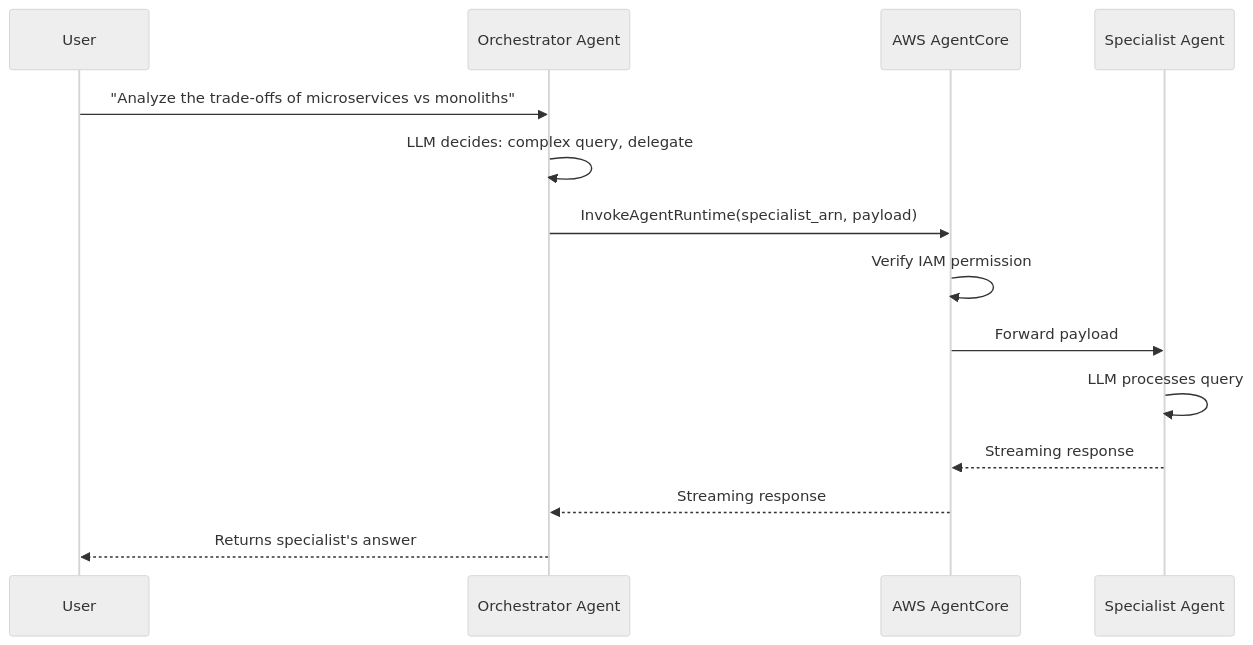
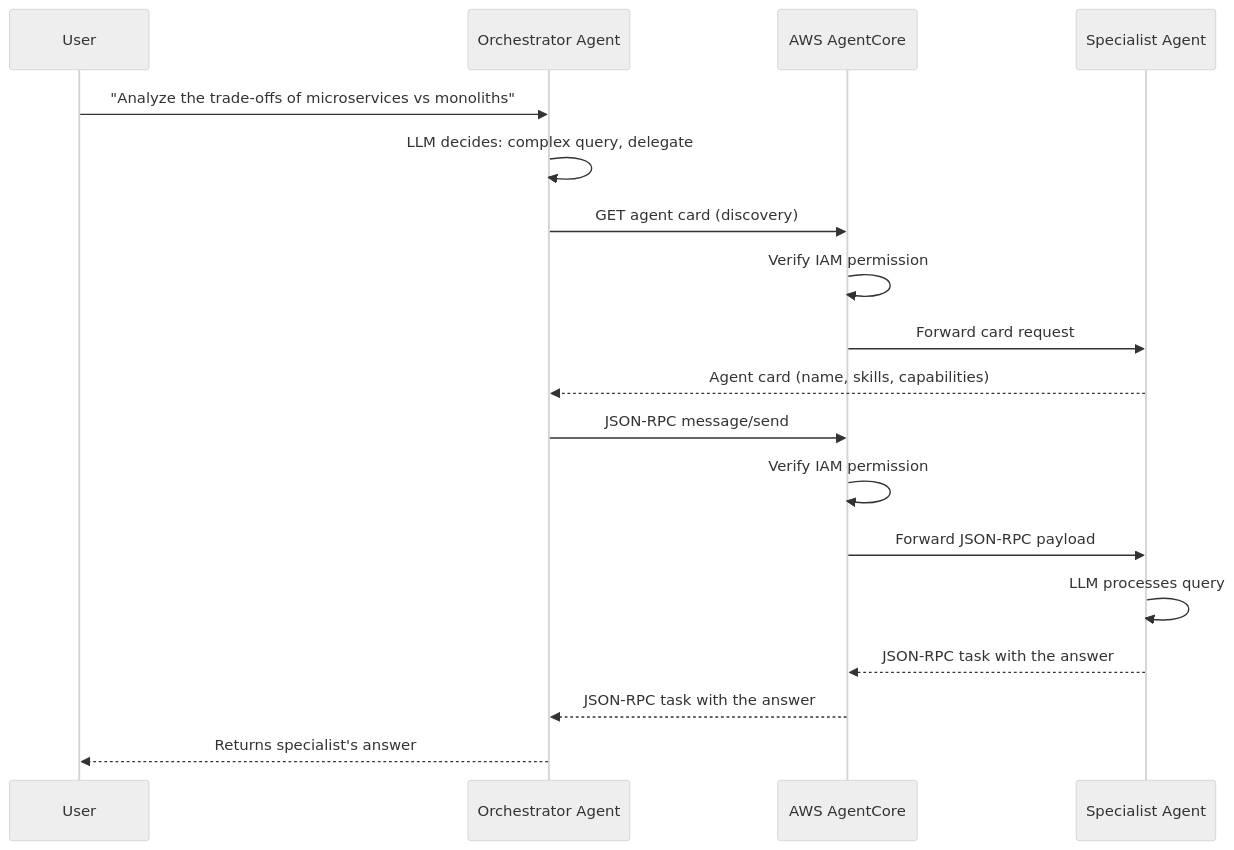
One commit to dirien/pulumi-ai-aws-bedrock-workshop changed the first of 2 diagrams in 03-multi-agent-orchestration.md. Above: the diagram before and after it, drawn with Mermaid (neutral theme). The commit also changed other lines of this file and 58 other files, not shown here.

````diff
--- a/03-multi-agent-orchestration.md
+++ b/03-multi-agent-orchestration.md
@@ -44,17 +46,21 @@
 ```mermaid
 sequenceDiagram
     participant U as User
     participant O as Orchestrator Agent
     participant A as AWS AgentCore
     participant S as Specialist Agent
 
     U->>O: "Analyze the trade-offs of microservices vs monoliths"
     O->>O: LLM decides: complex query, delegate
-    O->>A: InvokeAgentRuntime(specialist_arn, payload)
+    O->>A: GET agent card (discovery)
     A->>A: Verify IAM permission
-    A->>S: Forward payload
+    A->>S: Forward card request
+    S-->>O: Agent card (name, skills, capabilities)
+    O->>A: JSON-RPC message/send
+    A->>A: Verify IAM permission
+    A->>S: Forward JSON-RPC payload
     S->>S: LLM processes query
-    S-->>A: Streaming response
-    A-->>O: Streaming response
+    S-->>A: JSON-RPC task with the answer
+    A-->>O: JSON-RPC task with the answer
     O-->>U: Returns specialist's answer
 ```
````
